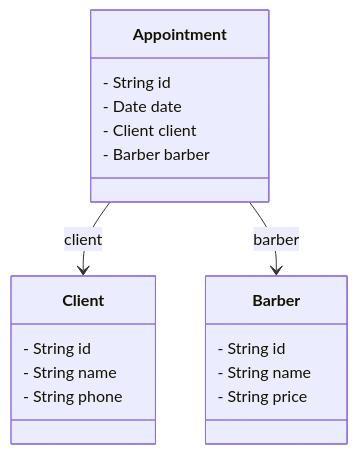
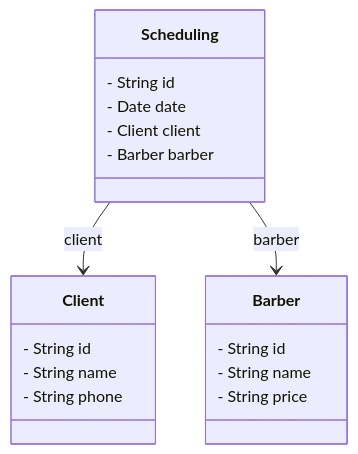
Before and after one commit to LeonardoFreitasDev/barbershop: the diagram in README.md, drawn with Mermaid.

Commit message:
Update README.md
Ajustes dos nomes das classes

````diff
--- a/README.md
+++ b/README.md
@@ -5,24 +5,24 @@
 ```mermaid
 classDiagram
-    class Appointment {
+    class Scheduling {
         - String id
         - Date date
         - Client client
         - Barber barber
     }
 
     class Client {
         - String id
         - String name
         - String phone
     }
 
     class Barber {
         - String id
         - String name
         - String price
     }
 
-    Appointment --> Client : client
-    Appointment --> Barber : barber
+    Scheduling --> Client : client
+    Scheduling --> Barber : barber
 ```
````
